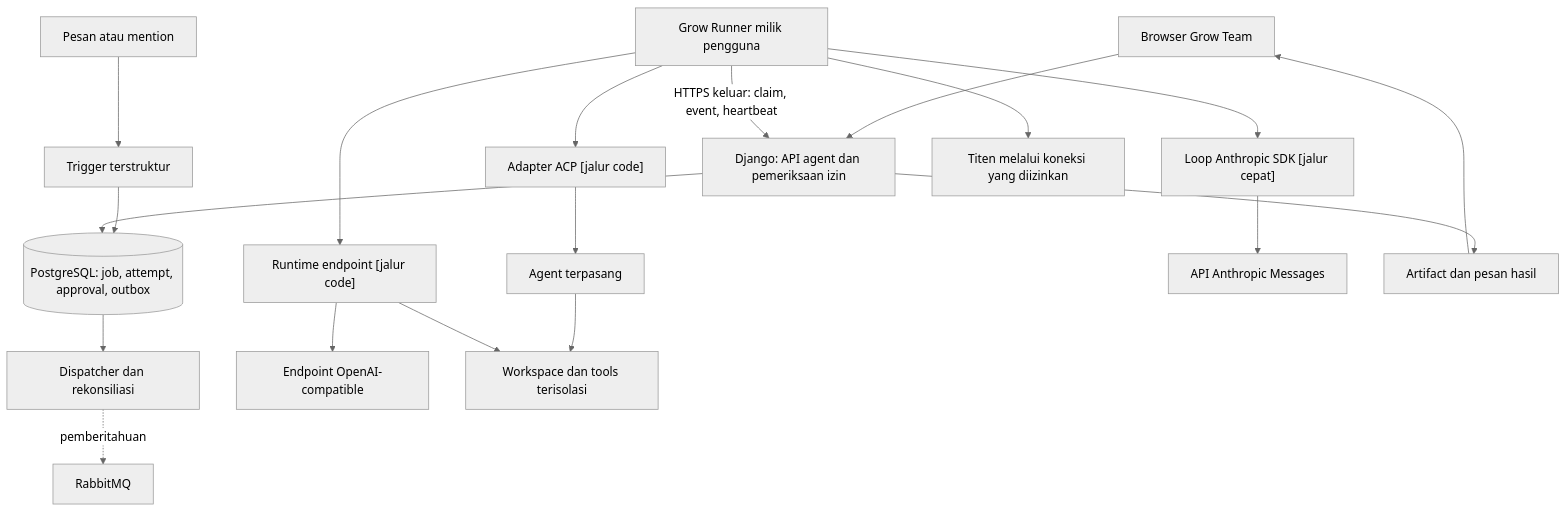
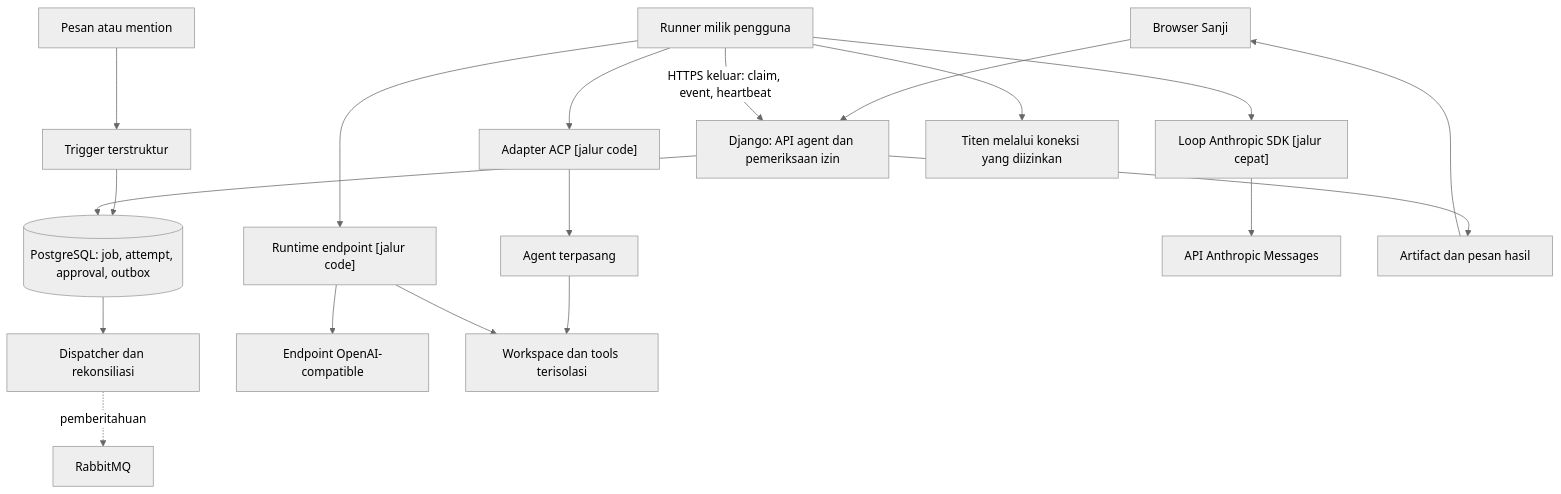
Before and after one commit to Growth-Circle/grow-team: the first of 3 diagrams in internals/docs/spec/2026-09-21-agent-connections-and-coding-harness.md, drawn with Mermaid (neutral theme). The commit also changed other lines of this file and 18 other files, not shown here.

````diff
--- a/internals/docs/spec/2026-09-21-agent-connections-and-coding-harness.md
+++ b/internals/docs/spec/2026-09-21-agent-connections-and-coding-harness.md
@@ -172,21 +172,21 @@
 ```mermaid
 flowchart TB
-    U[Browser Grow Team] --> API[Django: API agent dan pemeriksaan izin]
+    U[Browser Sanji] --> API[Django: API agent dan pemeriksaan izin]
     CHAT[Pesan atau mention] --> TR[Trigger terstruktur]
     TR --> DB[(PostgreSQL: job, attempt, approval, outbox)]
     API --> DB
     DB --> D[Dispatcher dan rekonsiliasi]
     D -. pemberitahuan .-> MQ[RabbitMQ]
-    R[Grow Runner milik pengguna] -->|HTTPS keluar: claim, event, heartbeat| API
+    R[Runner milik pengguna] -->|HTTPS keluar: claim, event, heartbeat| API
     R --> ACP["Adapter ACP [jalur code]"]
     R --> ER["Runtime endpoint [jalur code]"]
     R --> FL["Loop Anthropic SDK [jalur cepat]"]
     ACP --> A[Agent terpasang]
     ER --> P[Endpoint OpenAI-compatible]
     FL --> AM[API Anthropic Messages]
     A --> W[Workspace dan tools terisolasi]
     ER --> W
     R --> M[Titen melalui koneksi yang diizinkan]
     API --> RESULT[Artifact dan pesan hasil]
     RESULT --> U
 ```
````
